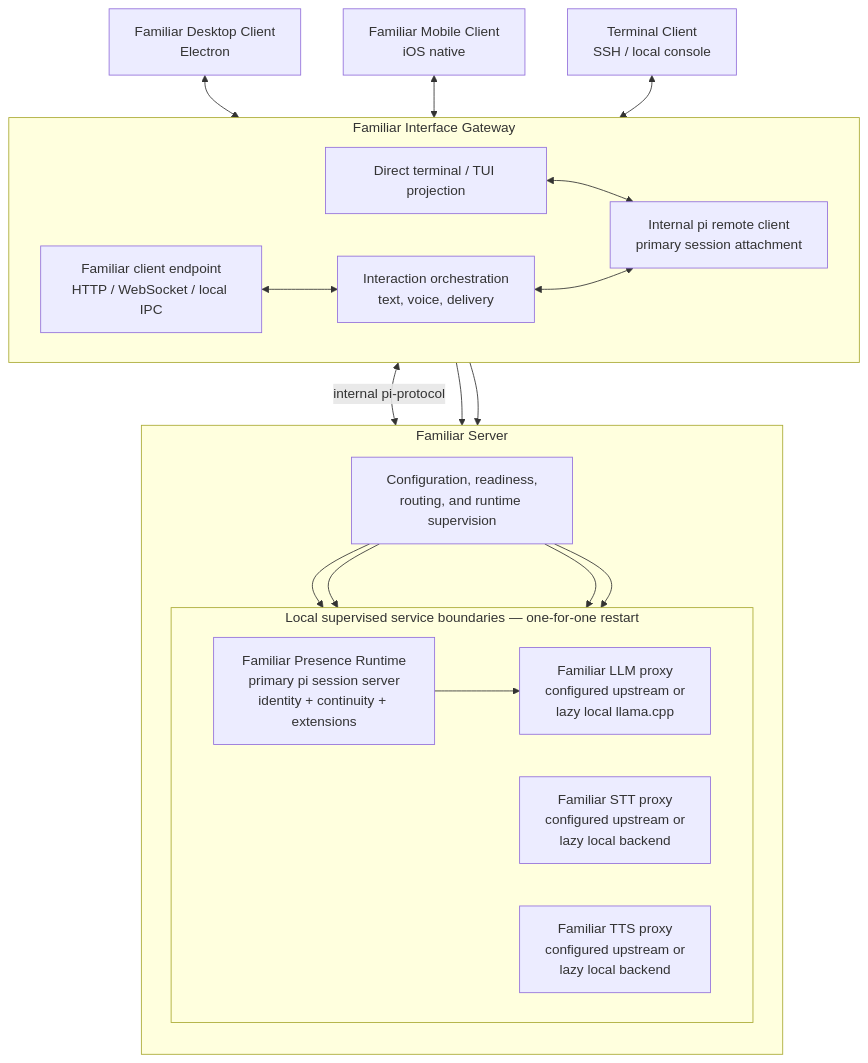
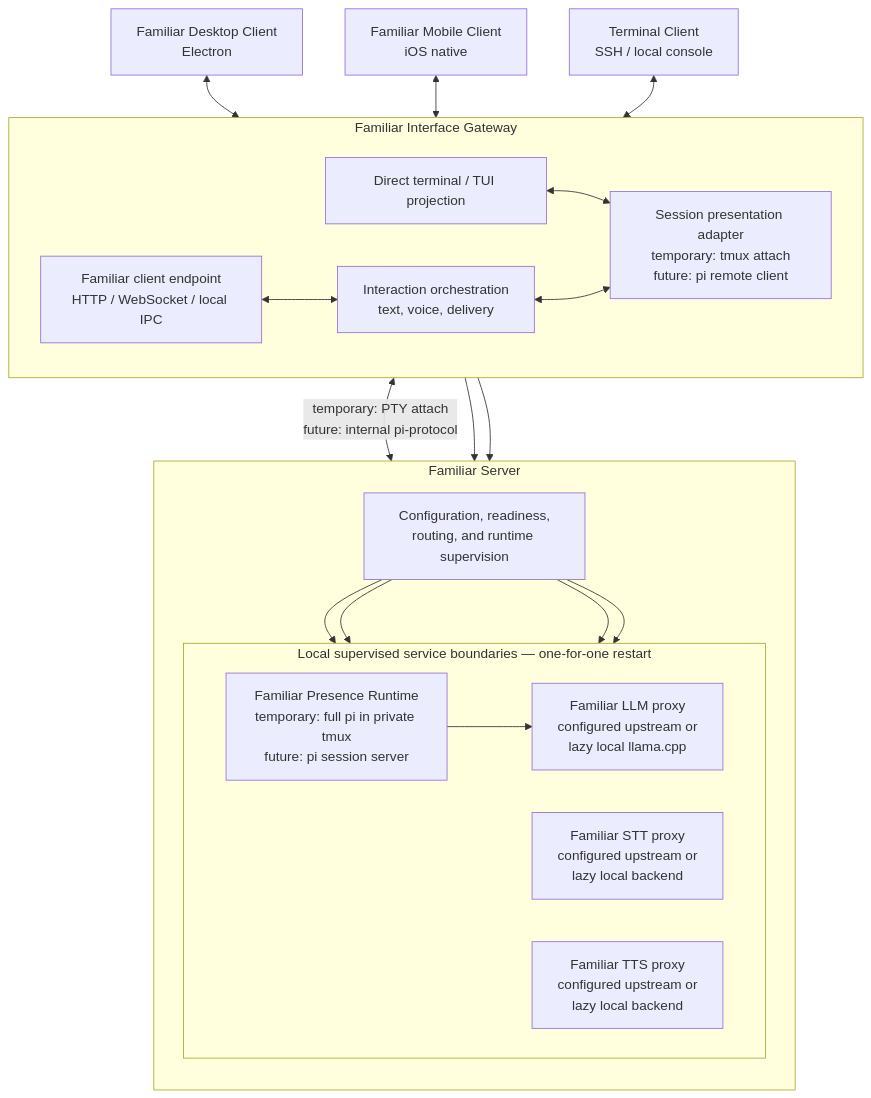
Before and after one commit to gisikw/familiar: the diagram in docs/ARCHITECTURE.md, drawn with Mermaid. The commit also changed other lines of this file, not shown here.

Commit message:
docs: record temporary tmux-backed pi adapters

````diff
--- a/docs/ARCHITECTURE.md
+++ b/docs/ARCHITECTURE.md
@@ -13,43 +13,43 @@
 ```mermaid
 flowchart TB
     desktop["Familiar Desktop Client<br/>Electron"]
     mobile["Familiar Mobile Client<br/>iOS native"]
     ssh["Terminal Client<br/>SSH / local console"]
 
     subgraph interface["Familiar Interface Gateway"]
         direction LR
         ingress["Familiar client endpoint<br/>HTTP / WebSocket / local IPC"]
         interaction["Interaction orchestration<br/>text, voice, delivery"]
-        piClient["Internal pi remote client<br/>primary session attachment"]
+        sessionView["Session presentation adapter<br/>temporary: tmux attach<br/>future: pi remote client"]
         terminal["Direct terminal / TUI projection"]
     end
 
     subgraph server["Familiar Server"]
         direction TB
         supervisor["Configuration, readiness,<br/>routing, and runtime supervision"]
 
         subgraph services["Local supervised service boundaries — one-for-one restart"]
             direction LR
-            presence["Familiar Presence Runtime<br/>primary pi session server<br/>identity + continuity + extensions"]
+            presence["Familiar Presence Runtime<br/>temporary: full pi in private tmux<br/>future: pi session server"]
             llm["Familiar LLM proxy<br/>configured upstream or<br/>lazy local llama.cpp"]
             stt["Familiar STT proxy<br/>configured upstream or<br/>lazy local backend"]
             tts["Familiar TTS proxy<br/>configured upstream or<br/>lazy local backend"]
         end
     end
 
     desktop <--> ingress
     mobile <--> ingress
     ssh <--> terminal
 
     ingress <--> interaction
-    terminal <--> piClient
-    interaction <--> piClient
-    piClient <-->|"internal pi-protocol"| presence
+    terminal <--> sessionView
+    interaction <--> sessionView
+    sessionView <-->|"temporary: PTY attach<br/>future: internal pi-protocol"| presence
     interaction --> stt
     interaction --> tts
     presence --> llm
     supervisor --> presence
     supervisor --> llm
     supervisor --> stt
     supervisor --> tts
 ```
````
